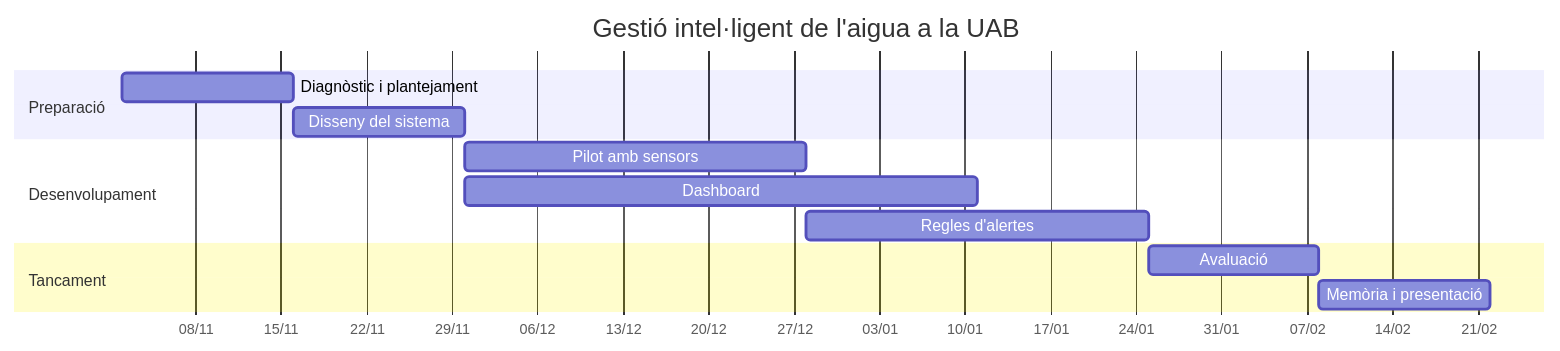
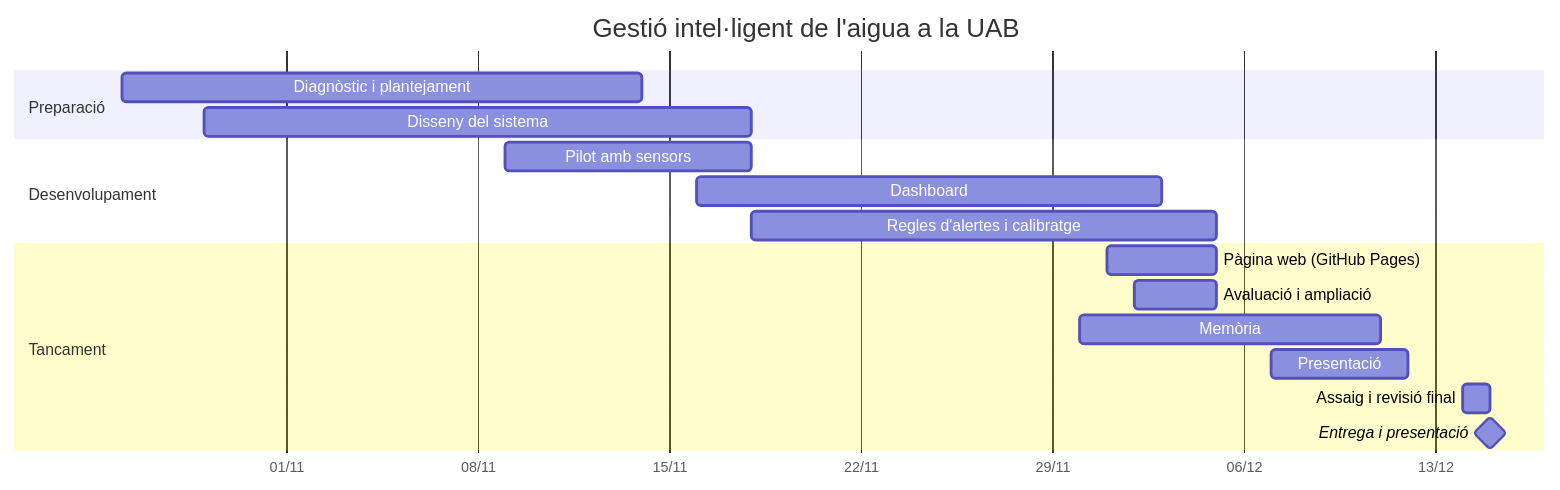
The diagram in README.md (Joangerman/proyecto-sostenibilidad), drawn with Mermaid before and after one commit. The commit also changed other lines of this file, not shown here.

````diff
--- a/README.md
+++ b/README.md
@@ -54,19 +54,23 @@
 ```mermaid
 gantt
     title Gestió intel·ligent de l'aigua a la UAB
     dateFormat YYYY-MM-DD
     axisFormat %d/%m
 
     section Preparació
-    Diagnòstic i plantejament :a1, 2026-11-02, 14d
-    Disseny del sistema       :a2, 2026-11-16, 14d
+    Diagnòstic i plantejament      :a1, 2026-10-26, 19d
+    Disseny del sistema            :a2, 2026-10-29, 20d
 
     section Desenvolupament
-    Pilot amb sensors         :b1, 2026-11-30, 28d
-    Dashboard                 :b2, 2026-11-30, 42d
-    Regles d'alertes          :b3, 2026-12-28, 28d
+    Pilot amb sensors              :b1, 2026-11-09, 9d
+    Dashboard                      :b2, 2026-11-16, 17d
+    Regles d'alertes i calibratge  :b3, 2026-11-18, 17d
 
     section Tancament
-    Avaluació                 :c1, 2027-01-25, 14d
-    Memòria i presentació     :c2, 2027-02-08, 14d
+    Pàgina web (GitHub Pages)      :c1, 2026-12-01, 4d
+    Avaluació i ampliació          :c2, 2026-12-02, 3d
+    Memòria                        :c3, 2026-11-30, 11d
+    Presentació                    :c4, 2026-12-07, 5d
+    Assaig i revisió final         :c5, 2026-12-14, 1d
+    Entrega i presentació          :milestone, m1, 2026-12-15, 0d
 ```
````
